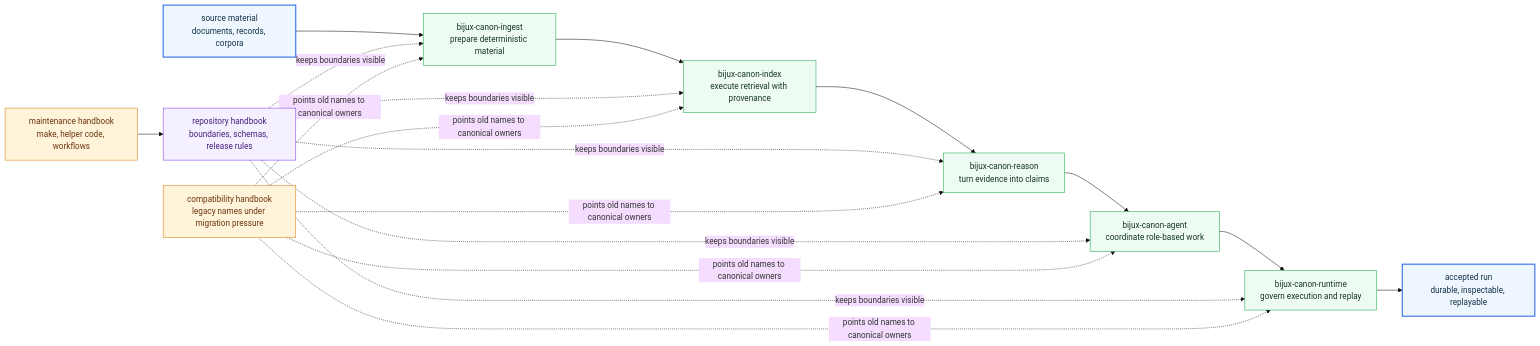
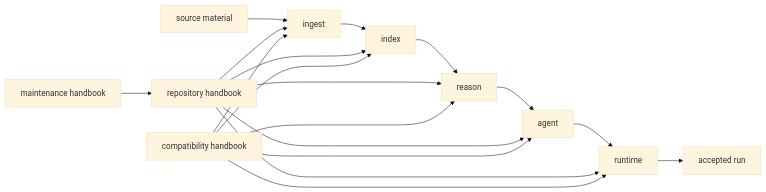
The first of 2 diagrams in docs/index.md (bijux/bijux-canon), drawn with Mermaid (base theme) before and after one commit. The commit also changed other lines of this file, not shown here.

Commit message:
docs(root): simplify homepage system map

````diff
--- a/docs/index.md
+++ b/docs/index.md
@@ -86,36 +86,26 @@
 ```mermaid
 flowchart LR
-    source["source material<br/>documents, records, corpora"]
-    ingest["bijux-canon-ingest<br/>prepare deterministic material"]
-    index["bijux-canon-index<br/>execute retrieval with provenance"]
-    reason["bijux-canon-reason<br/>turn evidence into claims"]
-    agent["bijux-canon-agent<br/>coordinate role-based work"]
-    runtime["bijux-canon-runtime<br/>govern execution and replay"]
-    accepted["accepted run<br/>durable, inspectable, replayable"]
-    repo["repository handbook<br/>boundaries, schemas, release rules"]
-    maintain["maintenance handbook<br/>make, helper code, workflows"]
-    compat["compatibility handbook<br/>legacy names under migration pressure"]
+    source["source material"]
+    ingest["ingest"]
+    index["index"]
+    reason["reason"]
+    agent["agent"]
+    runtime["runtime"]
+    accepted["accepted run"]
+    repository["repository handbook"]
+    maintain["maintenance handbook"]
+    compat["compatibility handbook"]
 
     source --> ingest --> index --> reason --> agent --> runtime --> accepted
-    repo -. keeps boundaries visible .-> ingest
-    repo -. keeps boundaries visible .-> index
-    repo -. keeps boundaries visible .-> reason
-    repo -. keeps boundaries visible .-> agent
-    repo -. keeps boundaries visible .-> runtime
-    maintain --> repo
-    compat -. points old names to canonical owners .-> ingest
-    compat -. points old names to canonical owners .-> index
-    compat -. points old names to canonical owners .-> reason
-    compat -. points old names to canonical owners .-> agent
-    compat -. points old names to canonical owners .-> runtime
-
-    classDef page fill:#eef6ff,stroke:#2563eb,color:#153145,stroke-width:2px;
-    classDef positive fill:#eefbf3,stroke:#16a34a,color:#173622;
-    classDef caution fill:#fff1f2,stroke:#dc2626,color:#6b1d1d;
-    classDef anchor fill:#f4f0ff,stroke:#7c3aed,color:#47207f;
-    classDef action fill:#fff4da,stroke:#d97706,color:#6b3410;
-    class source,accepted page;
-    class ingest,index,reason,agent,runtime positive;
-    class repo anchor;
-    class maintain,compat action;
+    repository --> ingest
+    repository --> index
+    repository --> reason
+    repository --> agent
+    repository --> runtime
+    maintain --> repository
+    compat --> ingest
+    compat --> index
+    compat --> reason
+    compat --> agent
+    compat --> runtime
 ```
````
